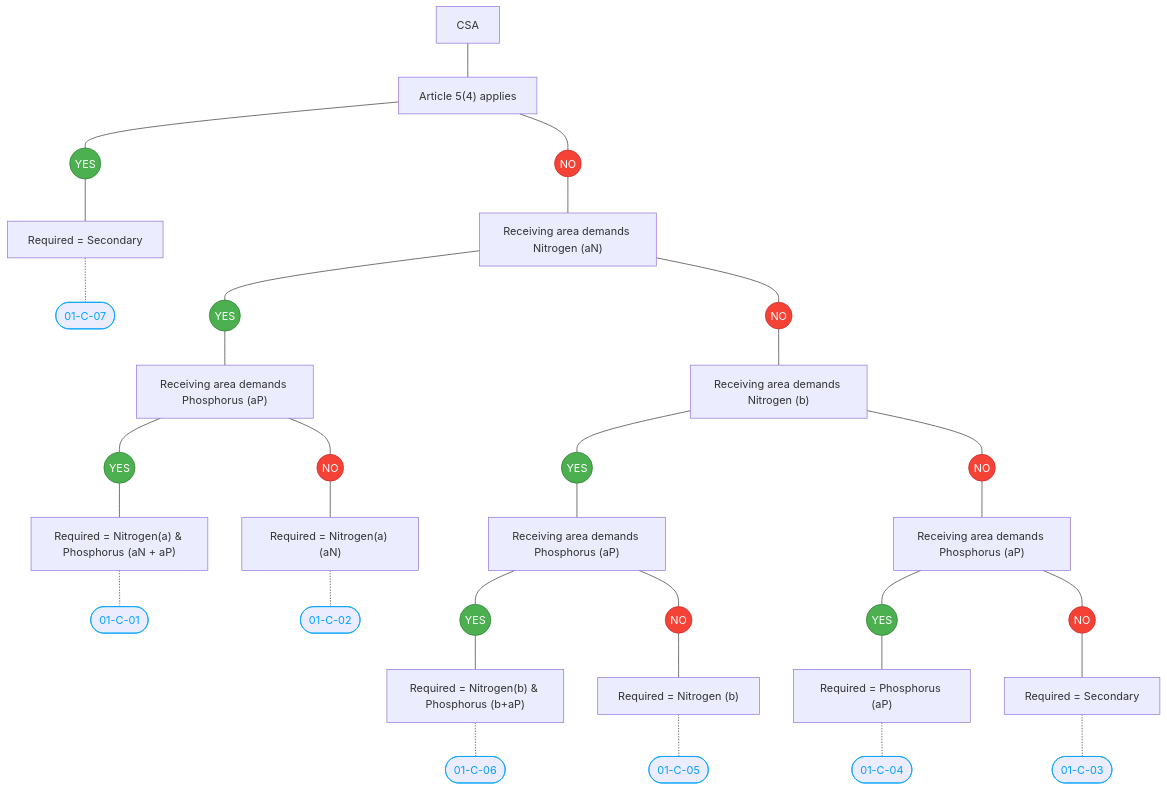
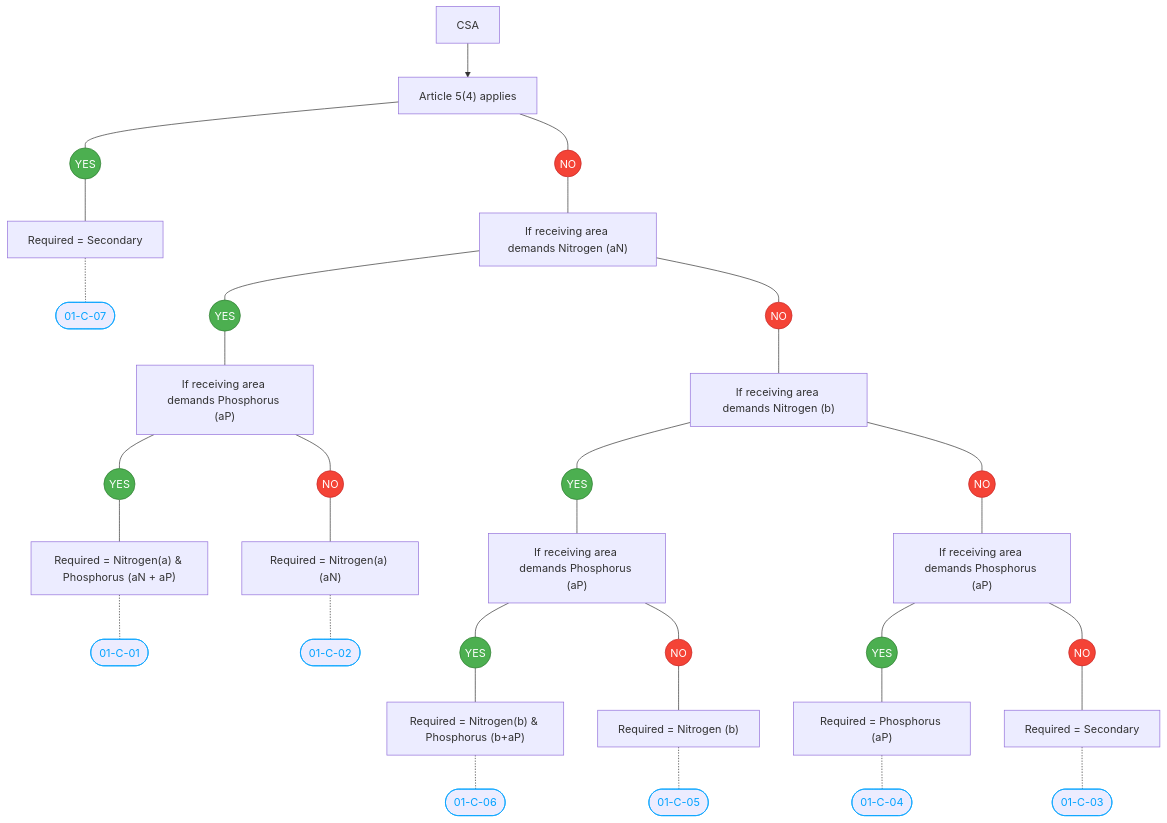
One commit to eeadata/WISE.UWWTD.Documentation changed the diagram in docs/algorithms/algorithm-1c.md. Above: the diagram before and after it, drawn with Mermaid. The commit also changed other lines of this file and 23 other files, not shown here.

First line of the commit message:
Update CSS, diagrams and tables

````diff
--- a/docs/algorithms/algorithm-1c.md
+++ b/docs/algorithms/algorithm-1c.md
@@ -39,50 +39,50 @@
 ```{mermaid}
 graph TB
-CSA["CSA"] --- ART["Article 5(4) applies"]
+CSA["CSA"] --> ART["Article 5(4) applies"]
 
 ART --- Y1((YES)) --- SEC["Required = Secondary"]
 SEC -.- ID07(["01-C-07"])
 
-ART --- N1((NO)) --- NAN["Receiving area demands Nitrogen (aN)"]
+ART --- N1((NO)) --- NAN["If receiving area demands Nitrogen (aN)"]
 
-NAN --- Y2((YES)) --- PAP1["Receiving area demands Phosphorus (aP)"]
-NAN --- N2((NO)) --- NB["Receiving area demands Nitrogen (b)"]
+NAN --- Y2((YES)) --- PAP1["If receiving area demands Phosphorus (aP)"]
+NAN --- N2((NO)) --- NB["If receiving area demands Nitrogen (b)"]
 
 %% aN = YES branch
 PAP1 --- Y3((YES)) --- NAP["Required = Nitrogen(a) & Phosphorus (aN + aP)"]
 NAP -.- ID01(["01-C-01"])
 
 PAP1 --- N3((NO)) --- NA["Required = Nitrogen(a) (aN)"]
 NA -.- ID02(["01-C-02"])
 
 %% aN = NO branch (Nitrogen b)
-NB --- Y4((YES)) --- PAP2["Receiving area demands Phosphorus (aP)"]
-NB --- N4((NO)) --- PAP3["Receiving area demands Phosphorus (aP)"]
+NB --- Y4((YES)) --- PAP2["If receiving area demands Phosphorus (aP)"]
+NB --- N4((NO)) --- PAP3["If receiving area demands Phosphorus (aP)"]
 
 %% Nitrogen b = YES branch
 PAP2 --- Y5((YES)) --- NBP["Required = Nitrogen(b) & Phosphorus (b+aP)"]
 NBP -.- ID06(["01-C-06"])
 
 PAP2 --- N5((NO)) --- NBONLY["Required = Nitrogen (b)"]
 NBONLY -.- ID05(["01-C-05"])
 
 %% Nitrogen b = NO branch
 PAP3 --- Y6((YES)) --- PONLY["Required = Phosphorus (aP)"]
 PONLY -.- ID04(["01-C-04"])
 
 PAP3 --- N6((NO)) --- SEC2["Required = Secondary"]
 SEC2 -.- ID03(["01-C-03"])
 
 classDef reference stroke:#00a2ff,color:#00a2ff;
 class ID07,ID01,ID02,ID06,ID05,ID04,ID03 reference;
 
 %% Styles
 classDef reference stroke:#00a2ff,color:#00a2ff;
 classDef yesBox fill:#4CAF50,color:white,stroke:#2E7D32;
 classDef noBox fill:#F44336,color:white,stroke:#C62828;
 
 %% Class Assignments
 class ID07,ID01,ID02,ID06,ID05,ID04,ID03 reference;
 class Y1,Y2,Y3,Y4,Y5,Y6 yesBox;
 class N1,N2,N3,N4,N5,N6 noBox;
 ```
````
